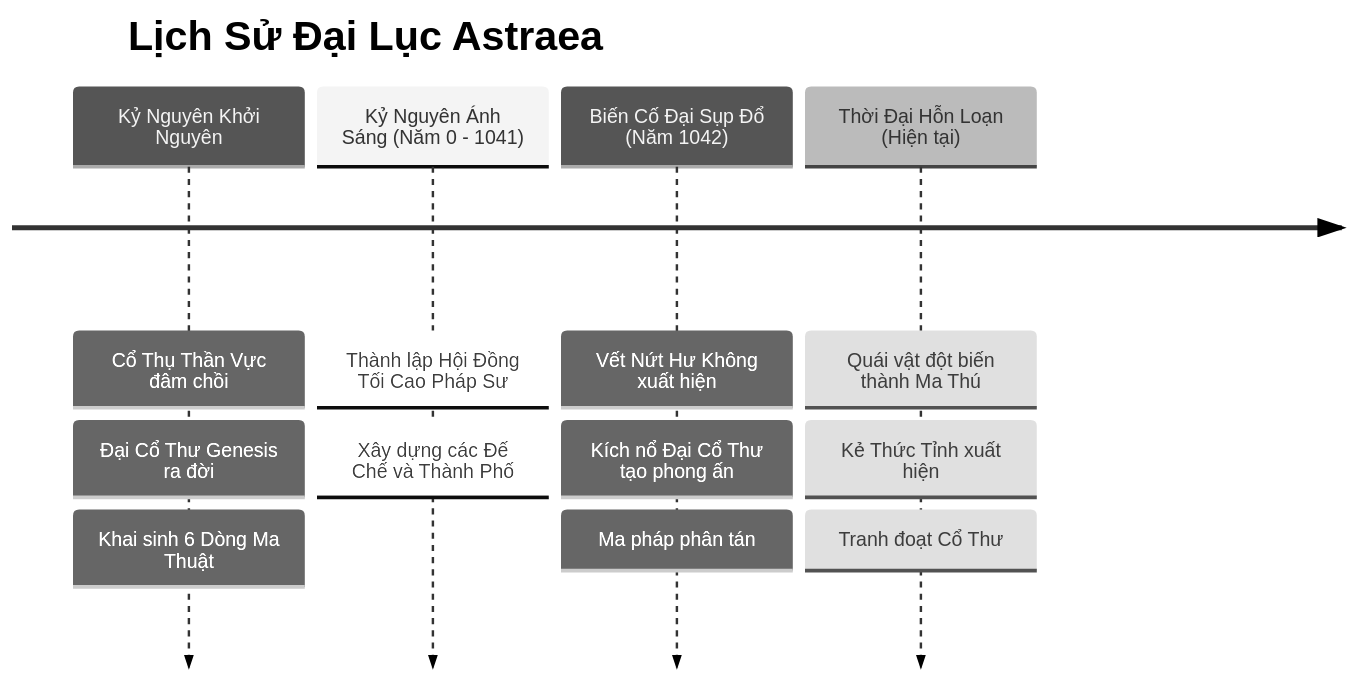
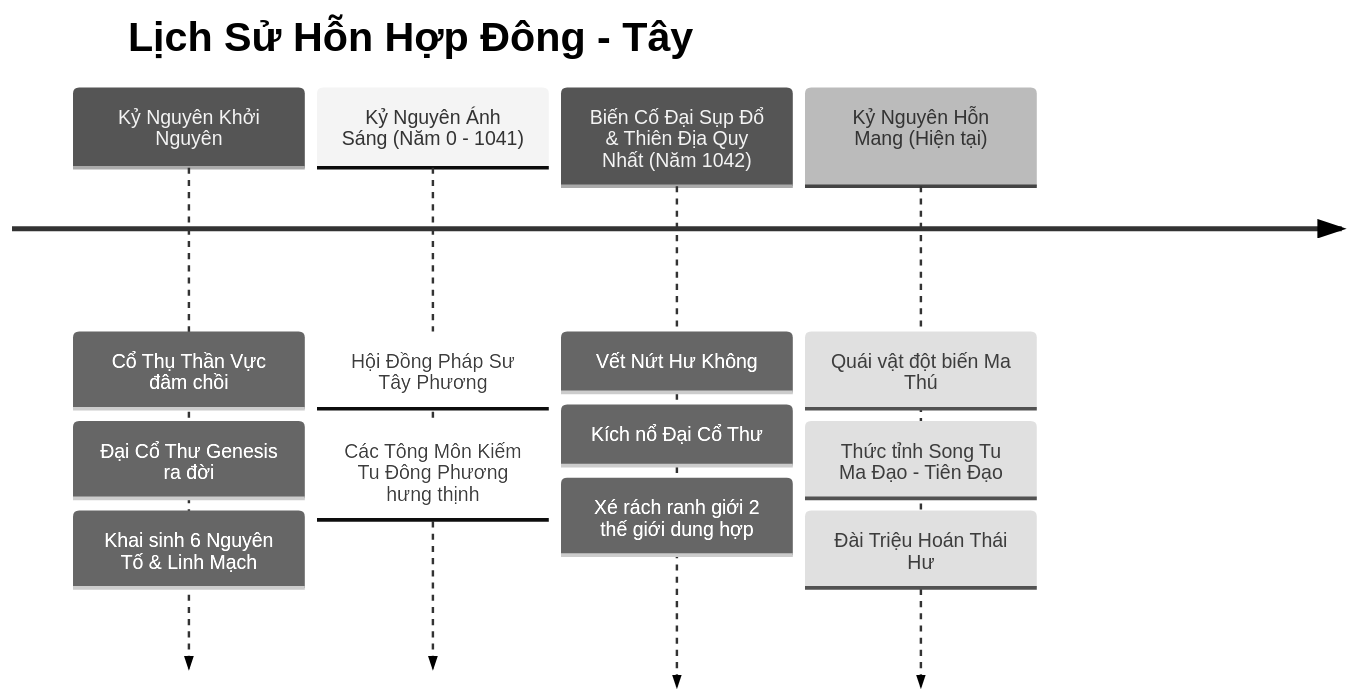
The first of 2 diagrams in Documents/01_COT_TRUYEN_THE_GIOI.md (dajunctic/Echoes-of-Genesis), drawn with Mermaid (neutral theme) before and after one commit. The commit also changed other lines of this file and 6 other files, not shown here.

````diff
--- a/Documents/01_COT_TRUYEN_THE_GIOI.md
+++ b/Documents/01_COT_TRUYEN_THE_GIOI.md
@@ -11,8 +11,8 @@
 ```mermaid
 timeline
-    title Lịch Sử Đại Lục Astraea
-    Kỷ Nguyên Khởi Nguyên : Cổ Thụ Thần Vực đâm chồi : Đại Cổ Thư Genesis ra đời : Khai sinh 6 Dòng Ma Thuật
-    Kỷ Nguyên Ánh Sáng (Năm 0 - 1041) : Thành lập Hội Đồng Tối Cao Pháp Sư : Xây dựng các Đế Chế và Thành Phố
-    Biến Cố Đại Sụp Đổ (Năm 1042) : Vết Nứt Hư Không xuất hiện : Kích nổ Đại Cổ Thư tạo phong ấn : Ma pháp phân tán
-    Thời Đại Hỗn Loạn (Hiện tại) : Quái vật đột biến thành Ma Thú : Kẻ Thức Tỉnh xuất hiện : Tranh đoạt Cổ Thư
+    title Lịch Sử Hỗn Hợp Đông - Tây
+    Kỷ Nguyên Khởi Nguyên : Cổ Thụ Thần Vực đâm chồi : Đại Cổ Thư Genesis ra đời : Khai sinh 6 Nguyên Tố & Linh Mạch
+    Kỷ Nguyên Ánh Sáng (Năm 0 - 1041) : Hội Đồng Pháp Sư Tây Phương : Các Tông Môn Kiếm Tu Đông Phương hưng thịnh
+    Biến Cố Đại Sụp Đổ & Thiên Địa Quy Nhất (Năm 1042) : Vết Nứt Hư Không : Kích nổ Đại Cổ Thư : Xé rách ranh giới 2 thế giới dung hợp
+    Kỷ Nguyên Hỗn Mang (Hiện tại) : Quái vật đột biến Ma Thú : Thức tỉnh Song Tu Ma Đạo - Tiên Đạo : Đài Triệu Hoán Thái Hư
 ```
````
